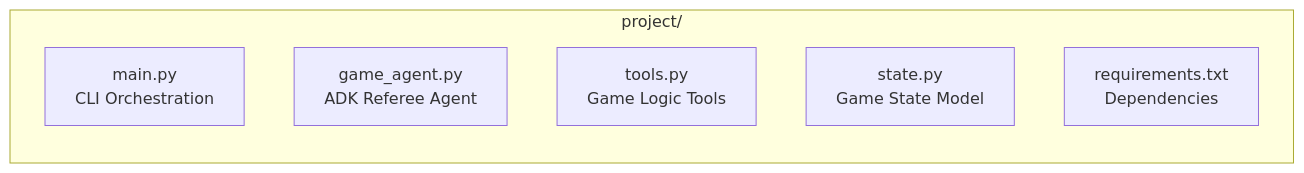
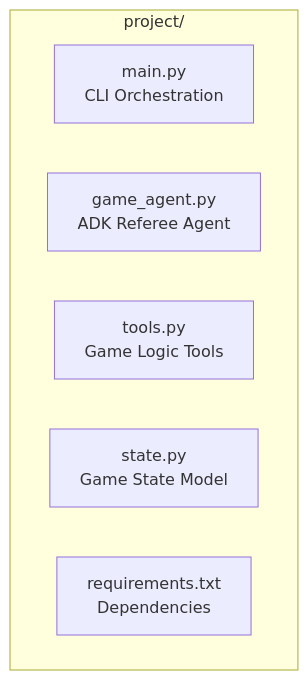
The second of 3 diagrams in readme.md (Rahullll101/Rock-Paper-Scissors-Plus-game), drawn with Mermaid before and after one commit. The commit also changed other lines of this file, not shown here.

Commit message:
Fix project structure diagram flow direction in README

````diff
--- a/readme.md
+++ b/readme.md
@@ -32,10 +32,10 @@
 ```mermaid
-flowchart LR
+flowchart TD
     subgraph ProjectRoot [project/]
         mainpy[main.py\nCLI Orchestration]
         agentpy[game_agent.py\nADK Referee Agent]
         toolspy[tools.py\nGame Logic Tools]
         statepy[state.py\nGame State Model]
         reqs[requirements.txt\nDependencies]
     end
 ```
````
